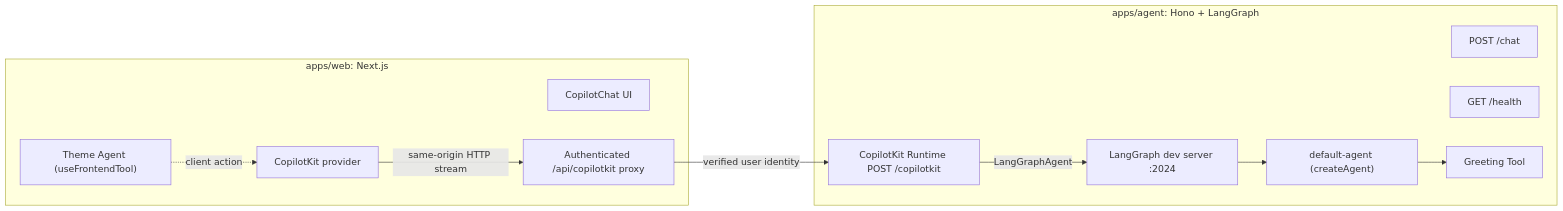
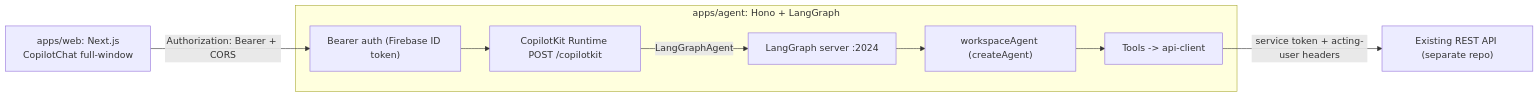
The diagram in langchain-copilot-boilerplate/README.md (phuocv76/langchain-js), drawn with Mermaid before and after one commit. The commit also changed other lines of this file and 12 other files, not shown here.

Commit message:
docs: refresh readmes, env samples, slides, and architecture docs

````diff
--- a/langchain-copilot-boilerplate/README.md
+++ b/langchain-copilot-boilerplate/README.md
@@ -13,22 +20,14 @@
 ```mermaid
 flowchart LR
-  subgraph web [apps/web: Next.js]
-    UI["CopilotChat UI"]
-    ThemeAgent["Theme Agent (useFrontendTool)"]
-    Provider["CopilotKit provider"]
-    Proxy["Authenticated /api/copilotkit proxy"]
+  UI["apps/web: Next.js<br/>CopilotChat full-window"]
+  subgraph agent [apps/agent: Hono + LangGraph]
+    Auth["Bearer auth (Firebase ID token)"]
+    Runtime["CopilotKit Runtime POST /copilotkit"]
+    LG["LangGraph server :2024"]
+    Graph["workspaceAgent (createAgent)"]
+    Tools["Tools -> api-client"]
   end
-  subgraph agent [apps/agent: Hono + LangGraph]
-    Runtime["CopilotKit Runtime POST /copilotkit"]
-    Chat["POST /chat"]
-    Health["GET /health"]
-    LG["LangGraph dev server :2024"]
-    Graph["default-agent (createAgent)"]
-    Tools["Greeting Tool"]
-  end
-  Provider -->|same-origin HTTP stream| Proxy
-  Proxy -->|verified user identity| Runtime
-  Runtime -->|LangGraphAgent| LG
-  LG --> Graph --> Tools
-  ThemeAgent -.client action.-> Provider
+  API["Existing REST API (separate repo)"]
+  UI -->|Authorization: Bearer + CORS| Auth --> Runtime -->|LangGraphAgent| LG
+  LG --> Graph --> Tools -->|service token + acting-user headers| API
 ```
````
